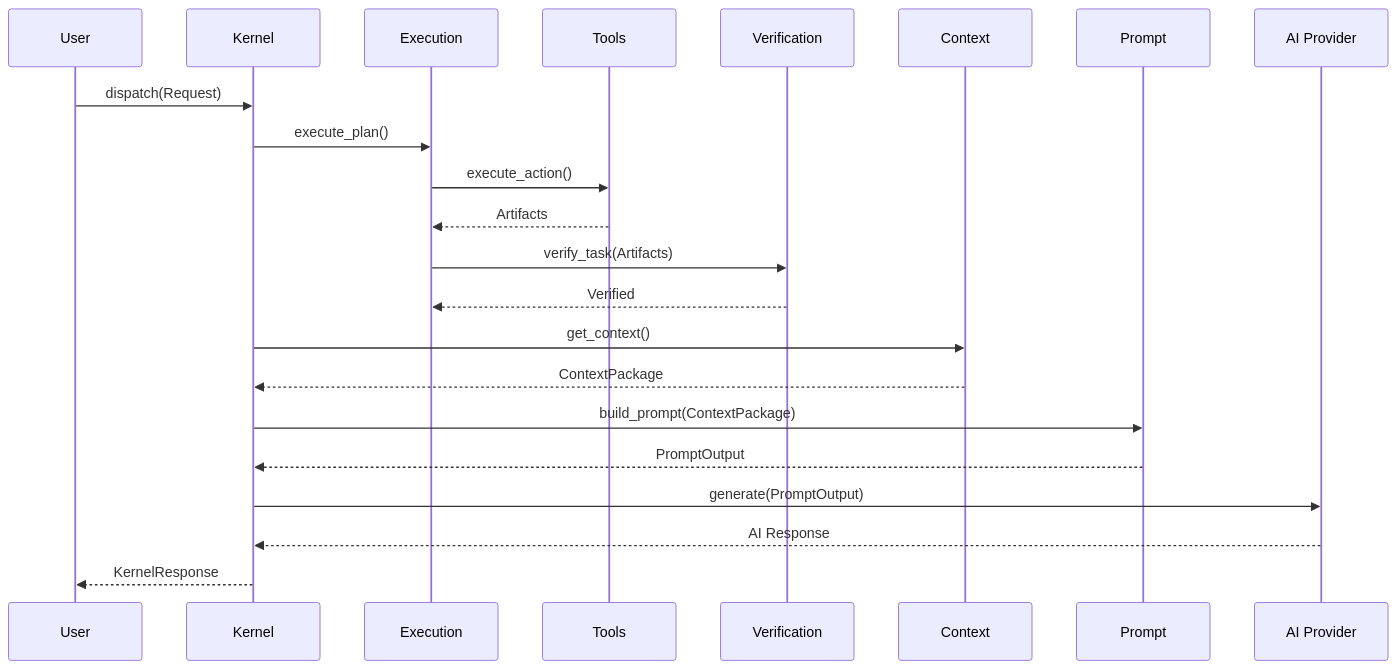
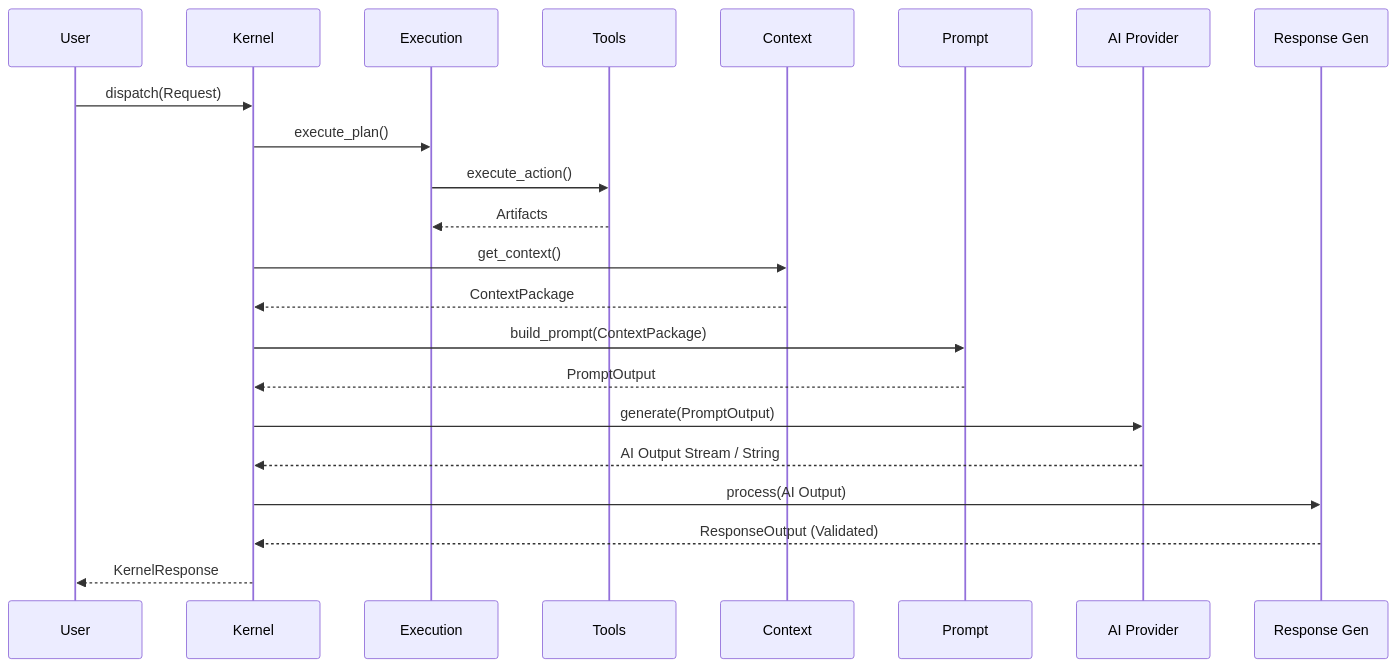
One commit to Codewithjainam7/Nova changed the second of 2 diagrams in docs/architecture/AI_RUNTIME_VALIDATION.md. Above: the diagram before and after it, drawn with Mermaid. The commit also changed other lines of this file and 13 other files, not shown here.

````diff
--- a/docs/architecture/AI_RUNTIME_VALIDATION.md
+++ b/docs/architecture/AI_RUNTIME_VALIDATION.md
@@ -34,29 +35,30 @@
 ```mermaid
 sequenceDiagram
     participant User
     participant K as Kernel
     participant EE as Execution
     participant Tool as Tools
-    participant V as Verification
     participant C as Context
     participant P as Prompt
     participant AI as AI Provider
+    participant RG as Response Gen
 
     User->>K: dispatch(Request)
     K->>EE: execute_plan()
     EE->>Tool: execute_action()
     Tool-->>EE: Artifacts
-    
-    EE->>V: verify_task(Artifacts)
-    V-->>EE: Verified
     
     K->>C: get_context()
     C-->>K: ContextPackage
     
     K->>P: build_prompt(ContextPackage)
     P-->>K: PromptOutput
     
     K->>AI: generate(PromptOutput)
-    AI-->>K: AI Response
+    AI-->>K: AI Output Stream / String
+    
+    K->>RG: process(AI Output)
+    RG-->>K: ResponseOutput (Validated)
+    
     K-->>User: KernelResponse
 ```
````
